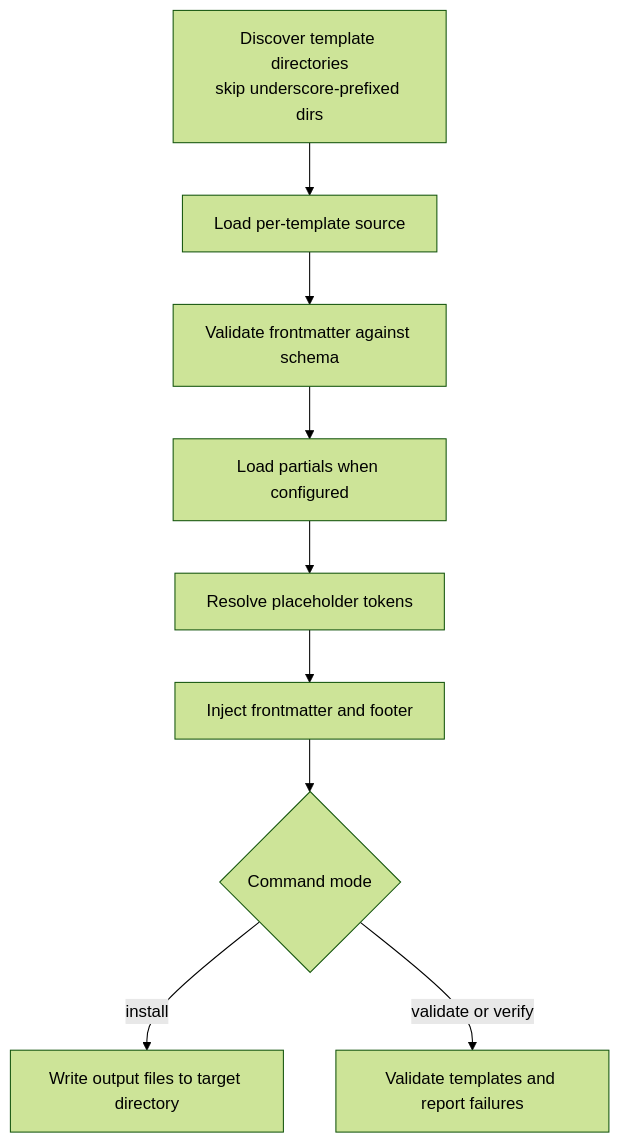
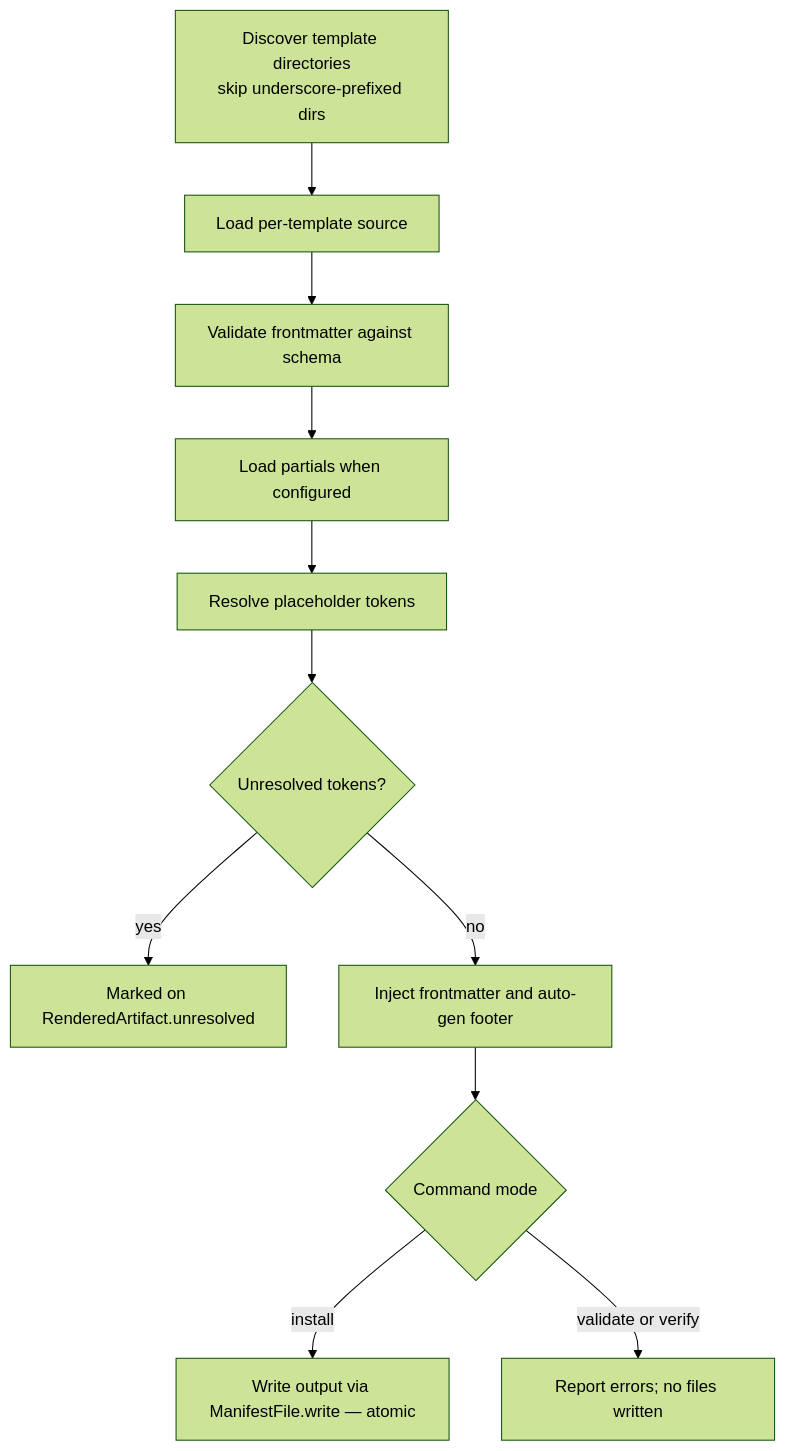
One commit to eschaar/vstack changed the second of 3 diagrams in docs/design/design.md. Above: the diagram before and after it, drawn with Mermaid (forest theme). The commit also changed other lines of this file and 61 other files, not shown here.

````diff
--- a/docs/design/design.md
+++ b/docs/design/design.md
@@ -23,11 +624,13 @@
 ```mermaid
 flowchart TD
   A[Discover template directories<br>skip underscore-prefixed dirs] --> B[Load per-template source]
   B --> C[Validate frontmatter against schema]
   C --> D[Load partials when configured]
   D --> E[Resolve placeholder tokens]
-  E --> F[Inject frontmatter and footer]
-  F --> G{Command mode}
-  G -->|install| H[Write output files to target directory]
-  G -->|validate or verify| I[Validate templates and report failures]
+  E --> F{Unresolved tokens?}
+  F -->|yes| Z[Marked on RenderedArtifact.unresolved]
+  F -->|no| G[Inject frontmatter and auto-gen footer]
+  G --> H{Command mode}
+  H -->|install| I[Write output via ManifestFile.write — atomic]
+  H -->|validate or verify| J[Report errors; no files written]
 ```
````
